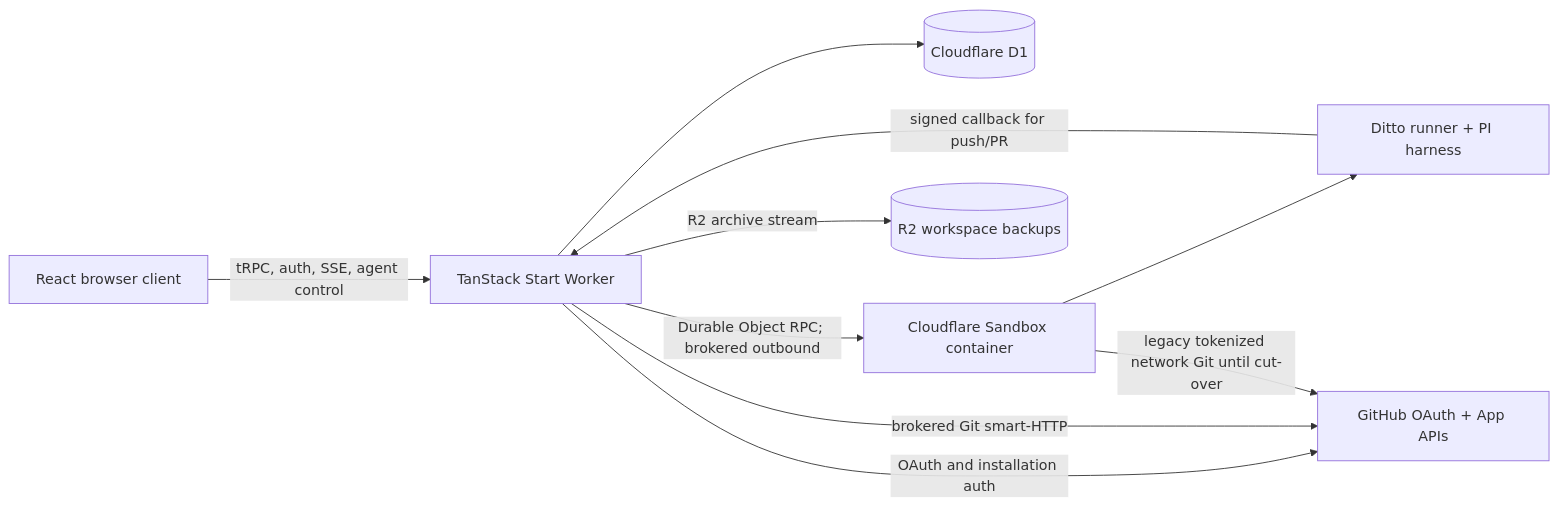
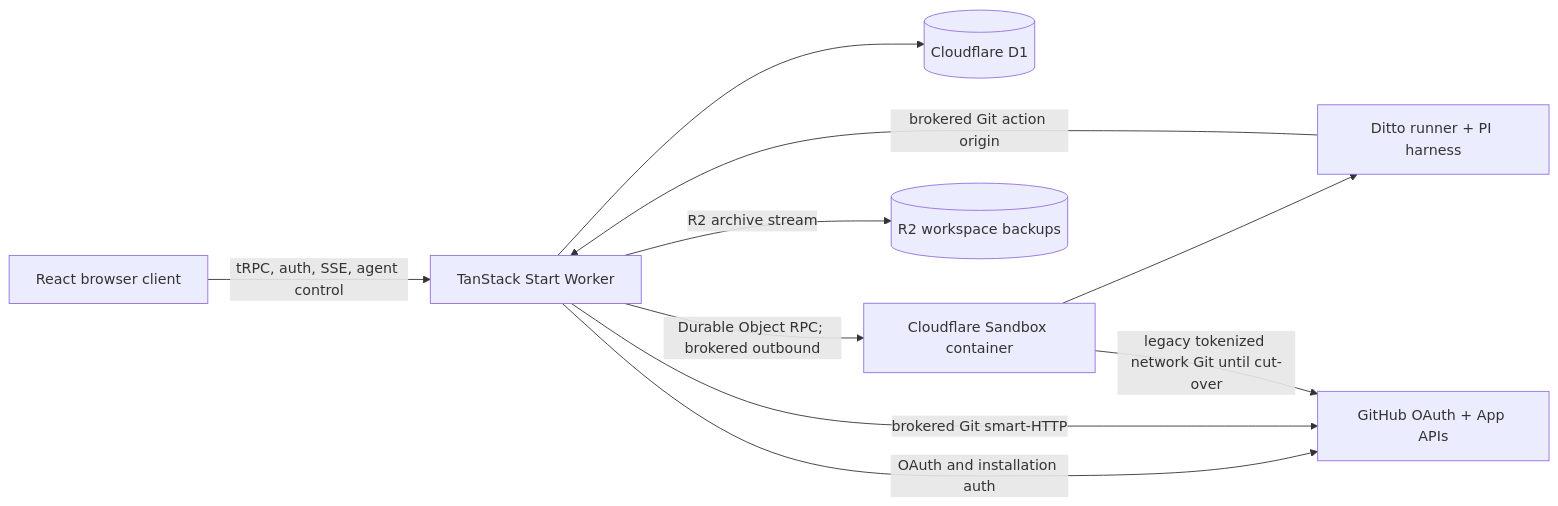
One commit to metaloozee/ditto changed the diagram in docs/architecture/overview.md. Above: the diagram before and after it, drawn with Mermaid. The commit also changed other lines of this file and 30 other files, not shown here.

````diff
--- a/docs/architecture/overview.md
+++ b/docs/architecture/overview.md
@@ -17,20 +17,20 @@
 ```mermaid
 flowchart LR
   Browser[React browser client]
   Worker[TanStack Start Worker]
   D1[(Cloudflare D1)]
   Sandbox[Cloudflare Sandbox container]
   Runner[Ditto runner + PI harness]
   R2[(R2 workspace backups)]
   GitHub[GitHub OAuth + App APIs]
 
   Browser -->|tRPC, auth, SSE, agent control| Worker
   Worker --> D1
   Worker -->|Durable Object RPC; brokered outbound| Sandbox
   Sandbox --> Runner
   Worker -->|R2 archive stream| R2
   Worker -->|OAuth and installation auth| GitHub
   Worker -->|brokered Git smart-HTTP| GitHub
   Sandbox -->|legacy tokenized network Git until cut-over| GitHub
-  Runner -->|signed callback for push/PR| Worker
+  Runner -->|brokered Git action origin| Worker
 ```
````
